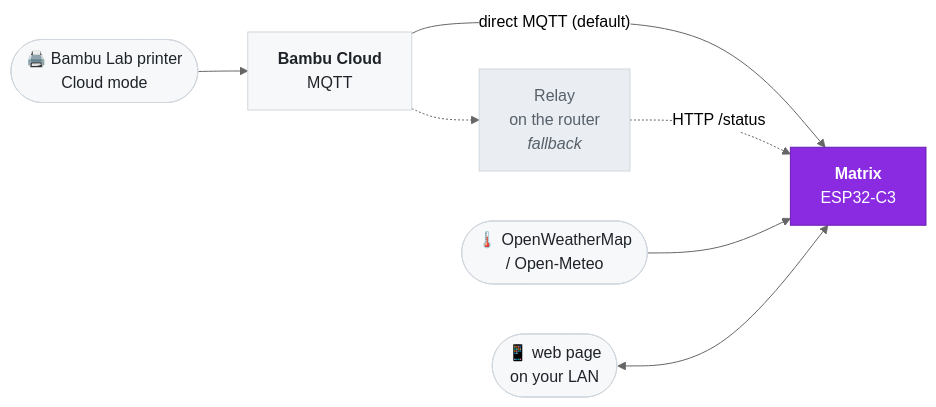
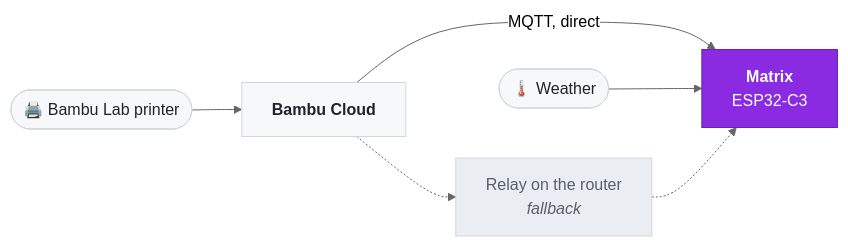
Before and after one commit to Keshaqaz/bambu-ledmatrix: the diagram in README.md, drawn with Mermaid (neutral theme). The commit also changed other lines of this file and 1 other file, not shown here.

First line of the commit message:
Rewrite the READMEs: shorter, lead with the standalone Cloud link

````diff
--- a/README.md
+++ b/README.md
@@ -81,23 +102,20 @@
 ```mermaid
 flowchart LR
-  printer(["🖨️ Bambu Lab printer<br/>Cloud mode"])
-  cloud["<b>Bambu Cloud</b><br/>MQTT"]
+  printer(["🖨️ Bambu Lab printer"])
+  cloud["<b>Bambu Cloud</b>"]
   matrix["<b>Matrix</b><br/>ESP32-C3"]
-  relay["Relay<br/>on the router<br/><i>fallback</i>"]
-  weather(["🌡️ OpenWeatherMap<br/>/ Open-Meteo"])
-  phone(["📱 web page<br/>on your LAN"])
+  weather(["🌡️ Weather"])
+  relay["Relay on the router<br/><i>fallback</i>"]
 
   printer --> cloud
-  cloud -- "direct MQTT (default)" --> matrix
-  cloud -.-> relay
-  relay -. "HTTP /status" .-> matrix
+  cloud -- "MQTT, direct" --> matrix
   weather --> matrix
-  phone <--> matrix
+  cloud -.-> relay -.-> matrix
 
   classDef ext fill:#f6f8fa,stroke:#d0d7de,color:#1f2328
   classDef main fill:#8A2BE2,stroke:#6a1fb0,color:#ffffff
   classDef idle fill:#eaeef2,stroke:#d0d7de,color:#57606a
-  class printer,cloud,weather,phone ext
+  class printer,cloud,weather ext
   class matrix main
   class relay idle
 ```
````
